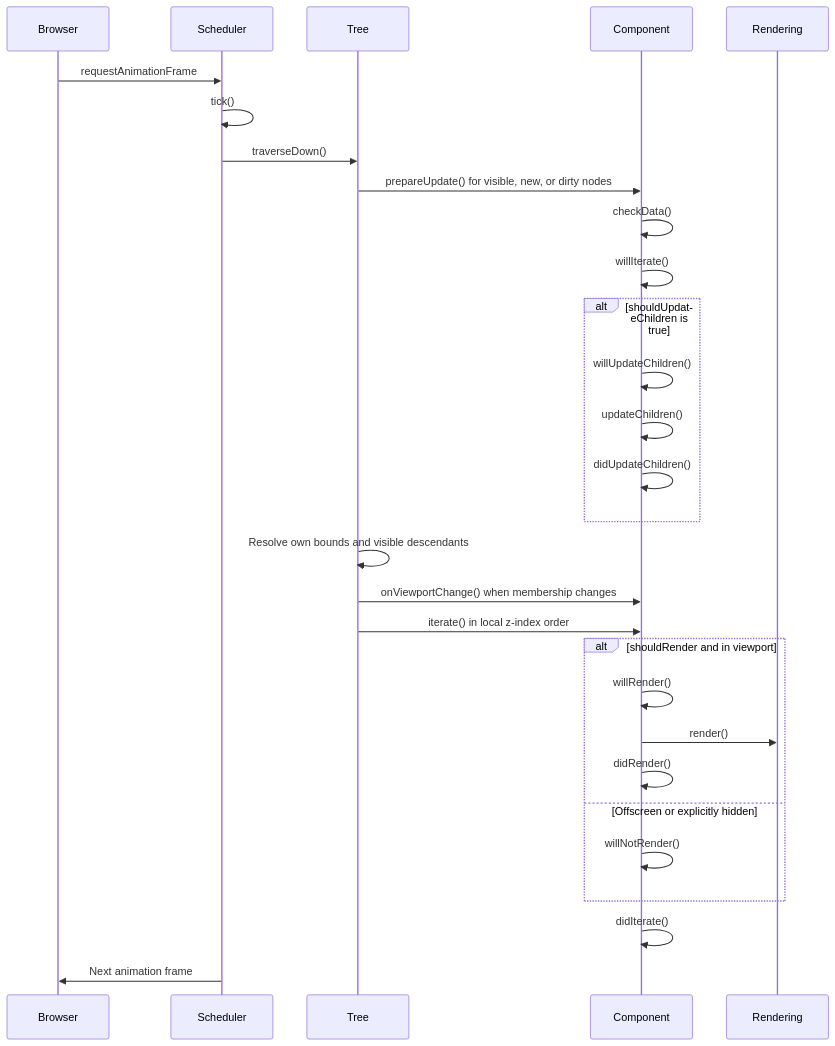
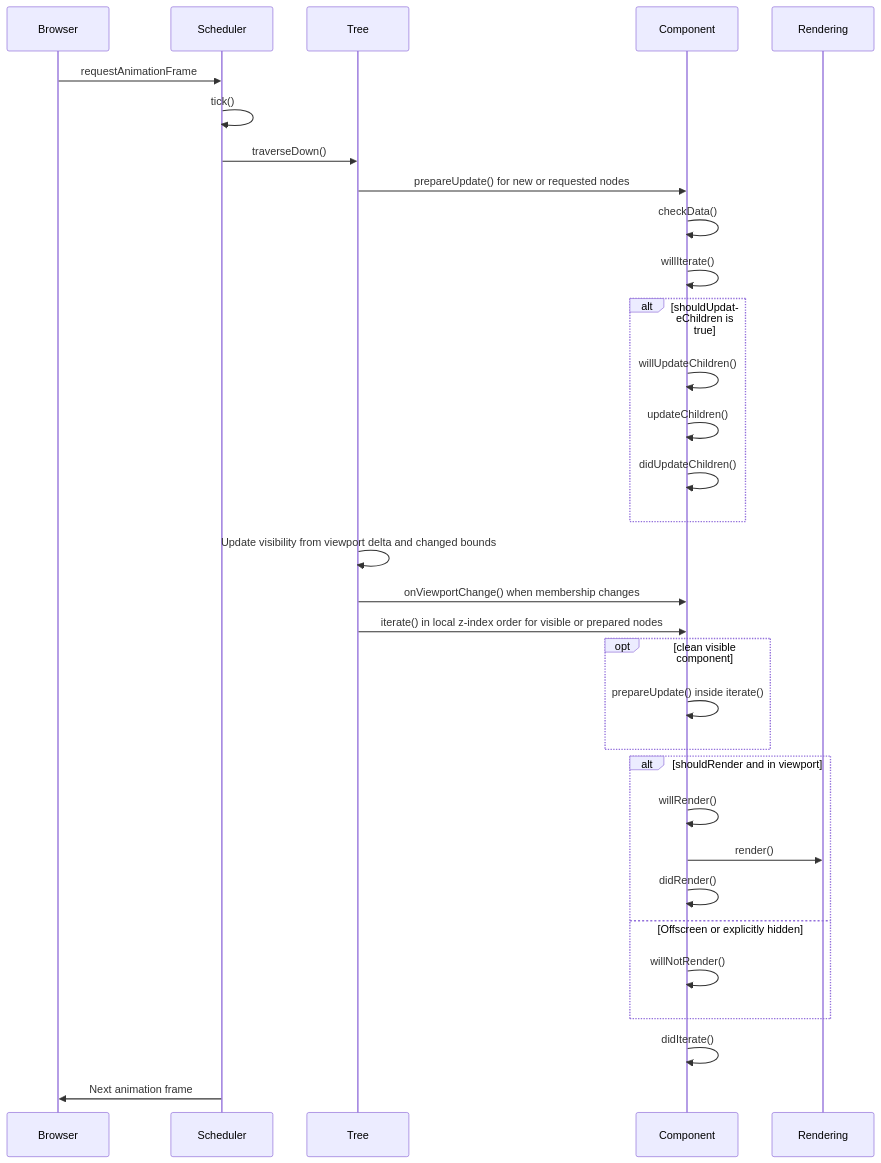
One commit to gravity-ui/graph changed the second of 2 diagrams in packages/graph/docs/system/component-rendering-lifecycle.md. Above: the diagram before and after it, drawn with Mermaid. The commit also changed other lines of this file and 17 other files, not shown here.

First line of the commit message:
perf(graph): keep tree culling visibility incremental

````diff
--- a/packages/graph/docs/system/component-rendering-lifecycle.md
+++ b/packages/graph/docs/system/component-rendering-lifecycle.md
@@ -25,35 +25,38 @@
 ```mermaid
 sequenceDiagram
     participant Browser
     participant Scheduler
     participant Tree
     participant Component
     participant Rendering
     
     Browser->>Scheduler: requestAnimationFrame
     Scheduler->>Scheduler: tick()
     Scheduler->>Tree: traverseDown()
-    Tree->>Component: prepareUpdate() for visible, new, or dirty nodes
+    Tree->>Component: prepareUpdate() for new or requested nodes
     Component->>Component: checkData()
     Component->>Component: willIterate()
     
     alt shouldUpdateChildren is true
         Component->>Component: willUpdateChildren()
         Component->>Component: updateChildren()
         Component->>Component: didUpdateChildren()
     end
 
-    Tree->>Tree: Resolve own bounds and visible descendants
+    Tree->>Tree: Update visibility from viewport delta and changed bounds
     Tree->>Component: onViewportChange() when membership changes
-    Tree->>Component: iterate() in local z-index order
+    Tree->>Component: iterate() in local z-index order for visible or prepared nodes
+    opt clean visible component
+        Component->>Component: prepareUpdate() inside iterate()
+    end
     alt shouldRender and in viewport
         Component->>Component: willRender()
         Component->>Rendering: render()
         Component->>Component: didRender()
     else Offscreen or explicitly hidden
         Component->>Component: willNotRender()
     end
     
     Component->>Component: didIterate()
     Scheduler->>Browser: Next animation frame
 ```
````
